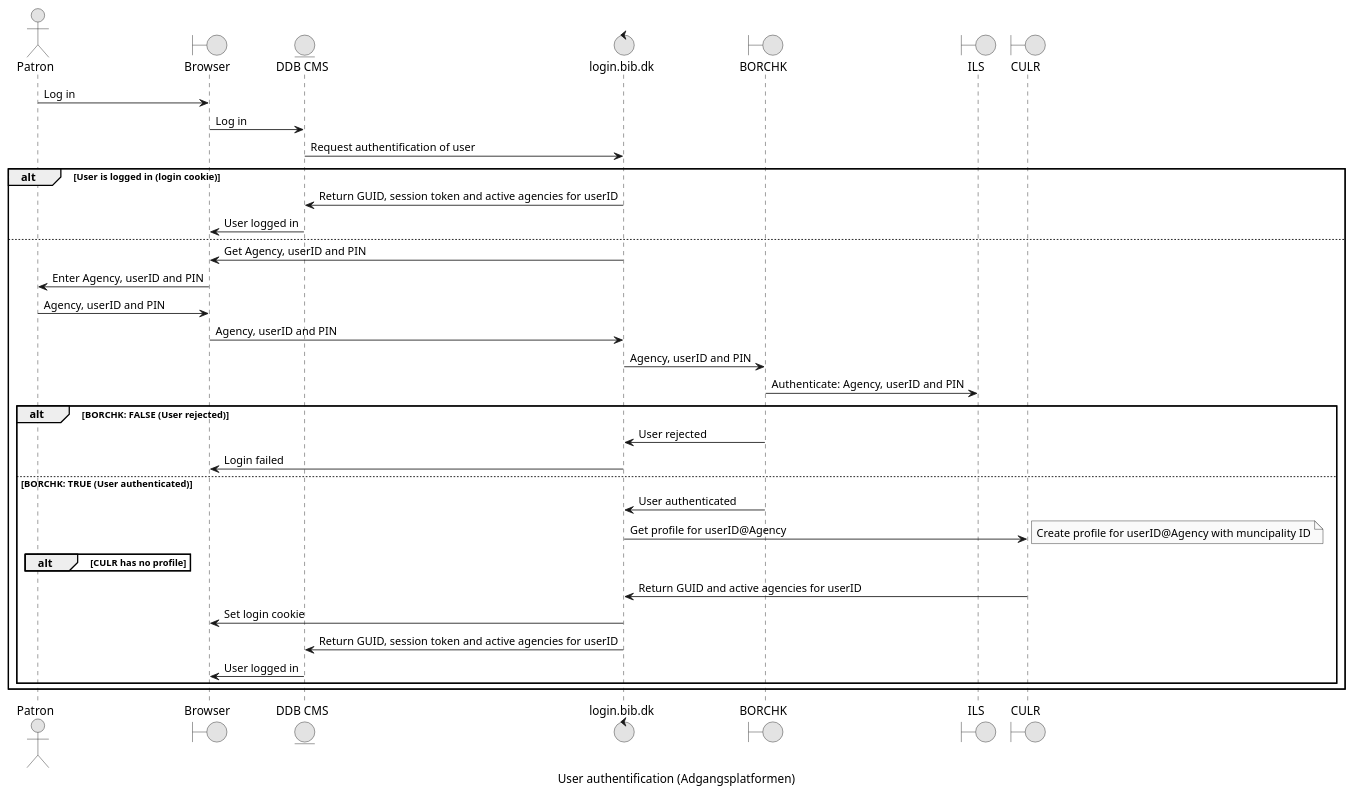
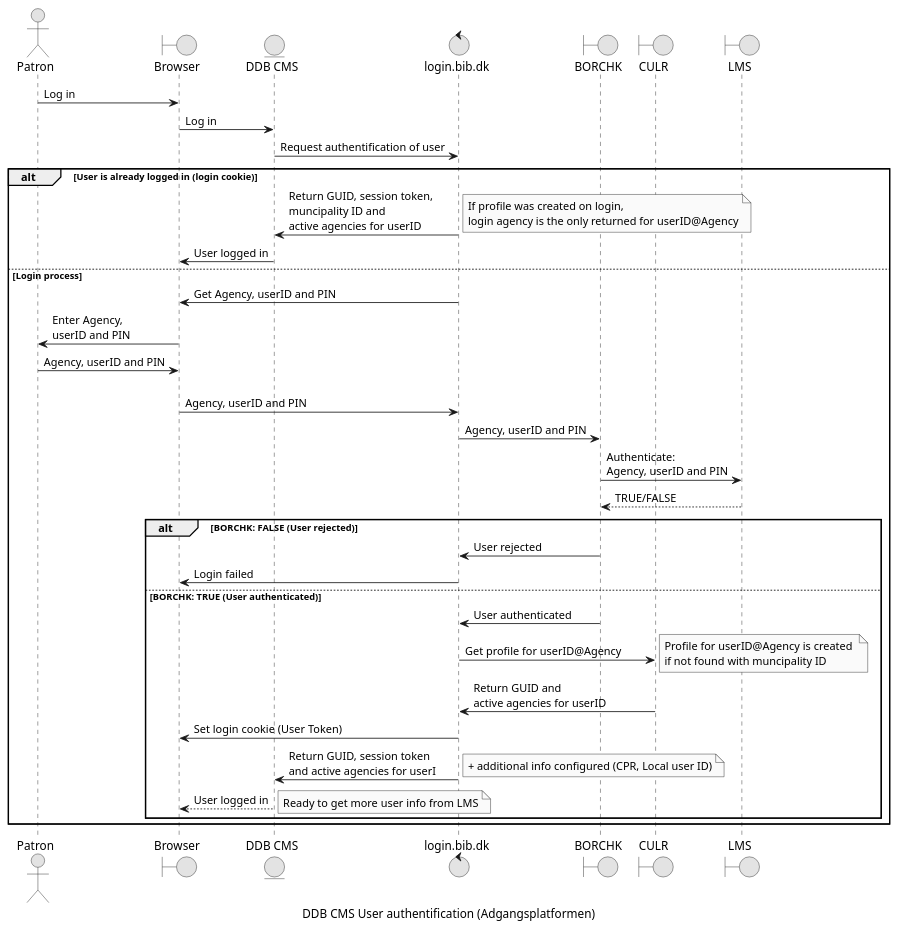
One commit to danskernesdigitalebibliotek/plantuml changed the diagram in docs/sso/singlesignon.puml. Above: the diagram before and after it, drawn with PlantUML.

Commit message:
Updated flow
Normalising participants,  update flow on users missing in CULR, rename ILS to LMS

```diff
--- a/docs/sso/singlesignon.puml
+++ b/docs/sso/singlesignon.puml
@@ -1,51 +1,56 @@
 @startuml
-caption User authentification (Adgangsplatformen)
+caption DDB CMS User authentification (Adgangsplatformen)
 'Single Sign On
 
 ' Skinparams '
 skinparam monochrome true
 'skinparam handwritten true
 
 ' Participants
 actor Patron
 boundary Browser
-entity "DDB CMS"
-control "login.bib.dk"
-boundary BORCHK
-boundary ILS
+entity DDBCMS as "DDB CMS"
+control login.bib.dk /' "AccessPlatform" '/
+boundary BORCHK /' as "Borrower Check" '/
+            
 boundary CULR
+boundary LMS /'as "Library Management System" '/
 
 
 Patron->Browser: Log in
-Browser->"DDB CMS": Log in
-"DDB CMS"->login.bib.dk: Request authentification of user
+Browser->DDBCMS: Log in
+DDBCMS->login.bib.dk: Request authentification of user
 
-alt User is logged in (login cookie)
-    login.bib.dk->"DDB CMS": Return GUID, session token and active agencies for userID
-    "DDB CMS"->Browser: User logged in
-else
+alt User is already logged in (login cookie)
+    login.bib.dk->DDBCMS: Return GUID, session token, \nmuncipality ID and \nactive agencies for userID
+            note right: If profile was created on login, \nlogin agency is the only returned for userID@Agency
+    DDBCMS->Browser: User logged in
+else Login process
     login.bib.dk->Browser: Get Agency, userID and PIN
-    Browser->Patron: Enter Agency, userID and PIN
+    Browser->Patron: Enter Agency,\nuserID and PIN
     Patron->Browser: Agency, userID and PIN
-    Browser->login.bib.dk: Agency, userID and PIN
+    Browser->login.bib.dk: \nAgency, userID and PIN
 
     login.bib.dk->BORCHK: Agency, userID and PIN
 
-    BORCHK->ILS: Authenticate: Agency, userID and PIN
+    BORCHK->LMS: Authenticate: \nAgency, userID and PIN
+    LMS-->BORCHK: TRUE/FALSE
 
     alt BORCHK: FALSE (User rejected)
         BORCHK->login.bib.dk: User rejected
         login.bib.dk->Browser: Login failed
     else BORCHK: TRUE (User authenticated)
         BORCHK->login.bib.dk: User authenticated
         login.bib.dk->CULR: Get profile for userID@Agency
-        alt CULR has no profile
-            note right: Create profile for userID@Agency with muncipality ID
-        end
-        CULR->login.bib.dk: Return GUID and active agencies for userID
-        login.bib.dk->Browser: Set login cookie
-        login.bib.dk->"DDB CMS": Return GUID, session token and active agencies for userID
-        "DDB CMS"->Browser: User logged in
+                               
+            note right: Profile for userID@Agency is created \nif not found with muncipality ID
+           
+        CULR->login.bib.dk: Return GUID and \nactive agencies for userID
+        login.bib.dk->Browser: Set login cookie (User Token)
+        login.bib.dk->DDBCMS: Return GUID, session token\nand active agencies for userI
+            note right:+ additional info configured (CPR, Local user ID)
+        DDBCMS-->Browser: User logged in
+            note right: Ready to get more user info from LMS
     end
 end
 @enduml
```
